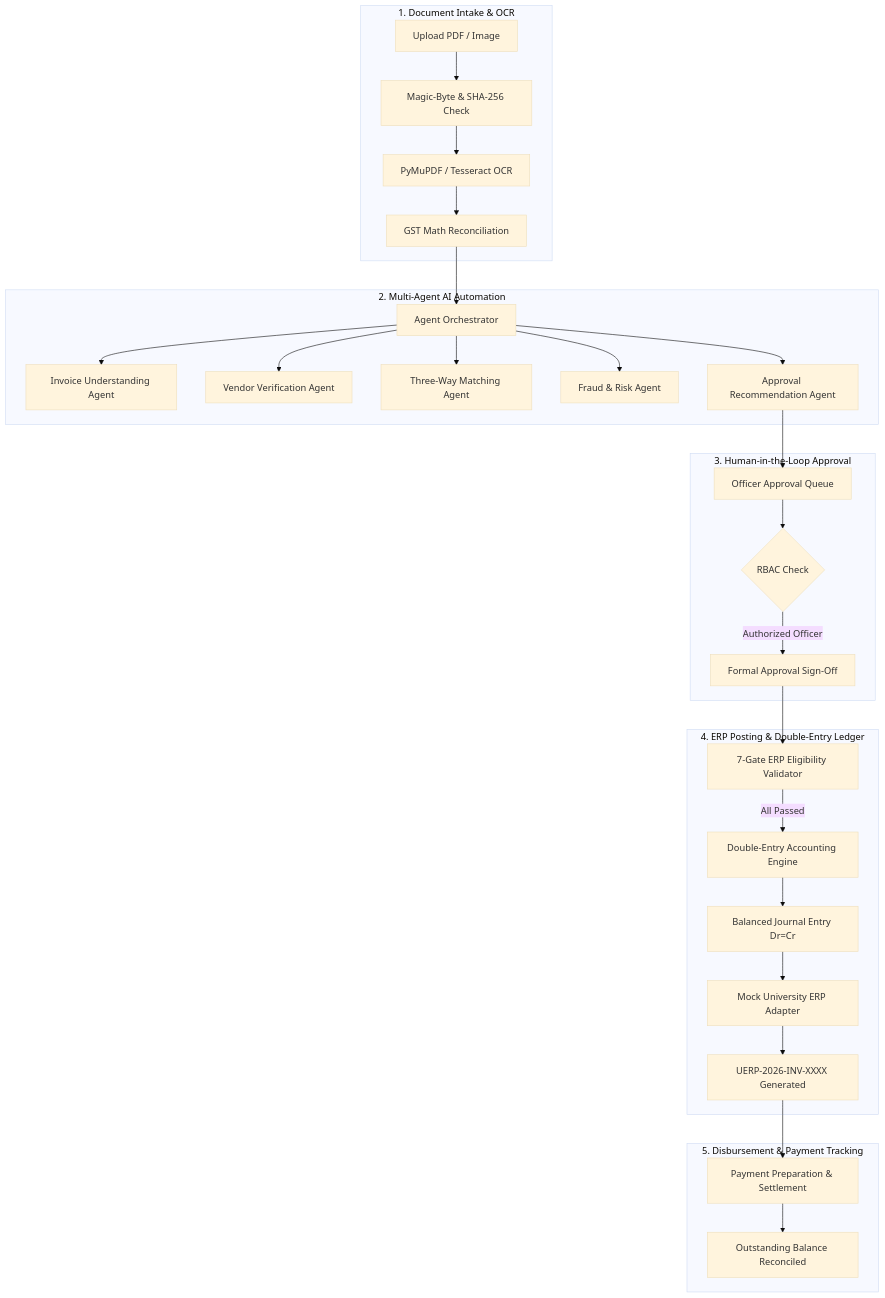
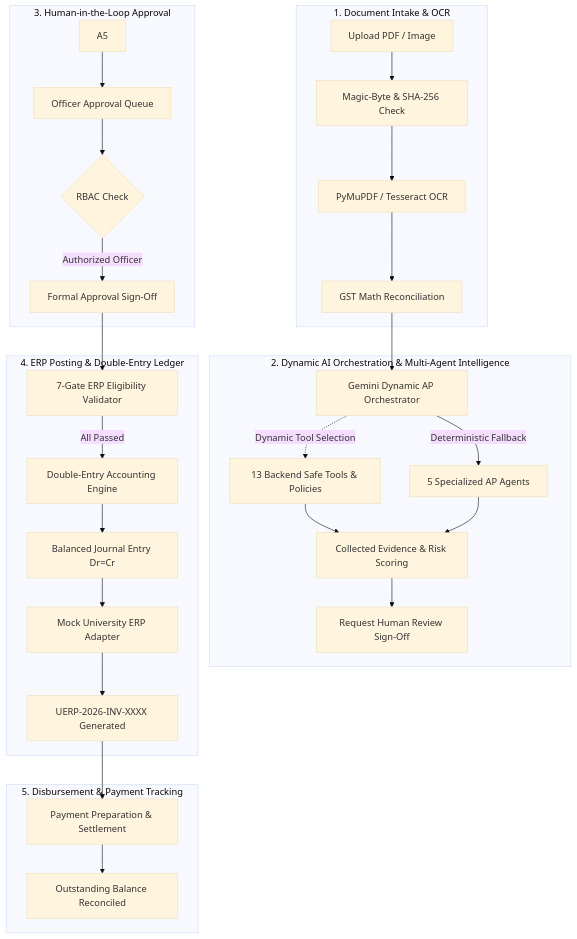
One commit to bhanu-upadhyay/Bahi-AI changed the diagram in README.md. Above: the diagram before and after it, drawn with Mermaid (base theme). The commit also changed other lines of this file and 27 other files, not shown here.

Commit message:
feat(ai): integrate Gemini with dynamic AP orchestration

````diff
--- a/README.md
+++ b/README.md
@@ -52,36 +53,36 @@
 ```mermaid
 flowchart TD
     subgraph Intake ["1. Document Intake & OCR"]
         Upload[Upload PDF / Image] --> Magic[Magic-Byte & SHA-256 Check]
         Magic --> OCR[PyMuPDF / Tesseract OCR]
         OCR --> Recon[GST Math Reconciliation]
     end
 
-    subgraph Agents ["2. Multi-Agent AI Automation"]
-        Recon --> Orch[Agent Orchestrator]
-        Orch --> A1[Invoice Understanding Agent]
-        Orch --> A2[Vendor Verification Agent]
-        Orch --> A3[Three-Way Matching Agent]
-        Orch --> A4[Fraud & Risk Agent]
-        Orch --> A5[Approval Recommendation Agent]
+    subgraph Agents ["2. Dynamic AI Orchestration & Multi-Agent Intelligence"]
+        Recon --> DynOrch[Gemini Dynamic AP Orchestrator]
+        DynOrch -.->|Dynamic Tool Selection| Tools[13 Backend Safe Tools & Policies]
+        DynOrch -->|Deterministic Fallback| Fallback[5 Specialized AP Agents]
+        Tools --> Evidence[Collected Evidence & Risk Scoring]
+        Fallback --> Evidence
+        Evidence --> Review[Request Human Review Sign-Off]
     end
 
     subgraph Governance ["3. Human-in-the-Loop Approval"]
         A5 --> Appr[Officer Approval Queue]
         Appr --> RBAC{RBAC Check}
         RBAC -->|Authorized Officer| Approved[Formal Approval Sign-Off]
     end
 
     subgraph Accounting ["4. ERP Posting & Double-Entry Ledger"]
         Approved --> Gates[7-Gate ERP Eligibility Validator]
         Gates -->|All Passed| Engine[Double-Entry Accounting Engine]
         Engine --> Balanced[Balanced Journal Entry Dr=Cr]
         Balanced --> ERPAdapter[Mock University ERP Adapter]
         ERPAdapter --> DocRef[UERP-2026-INV-XXXX Generated]
     end
 
     subgraph Settlement ["5. Disbursement & Payment Tracking"]
         DocRef --> Pay[Payment Preparation & Settlement]
         Pay --> BalTrack[Outstanding Balance Reconciled]
     end
 ```
````
